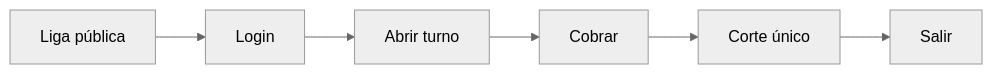
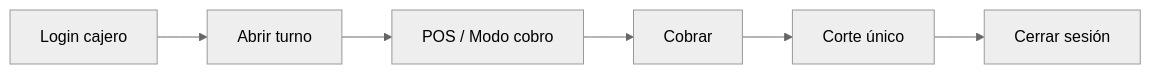
The first of 2 diagrams in docs/manual-usuario/manual-usuario-erp-supermercado.md (LeoAParedes/2x3crmtest), drawn with Mermaid (neutral theme) before and after one commit. The commit also changed other lines of this file and 20 other files, not shown here.

````diff
--- a/docs/manual-usuario/manual-usuario-erp-supermercado.md
+++ b/docs/manual-usuario/manual-usuario-erp-supermercado.md
@@ -53,8 +58,8 @@
 ```mermaid
 flowchart LR
-  A[Liga pública] --> B[Login]
-  B --> C[Abrir turno]
+  A[Login cajero] --> B[Abrir turno]
+  B --> C[POS / Modo cobro]
   C --> D[Cobrar]
   D --> E[Corte único]
-  E --> F[Salir]
+  E --> F[Cerrar sesión]
 ```
````
